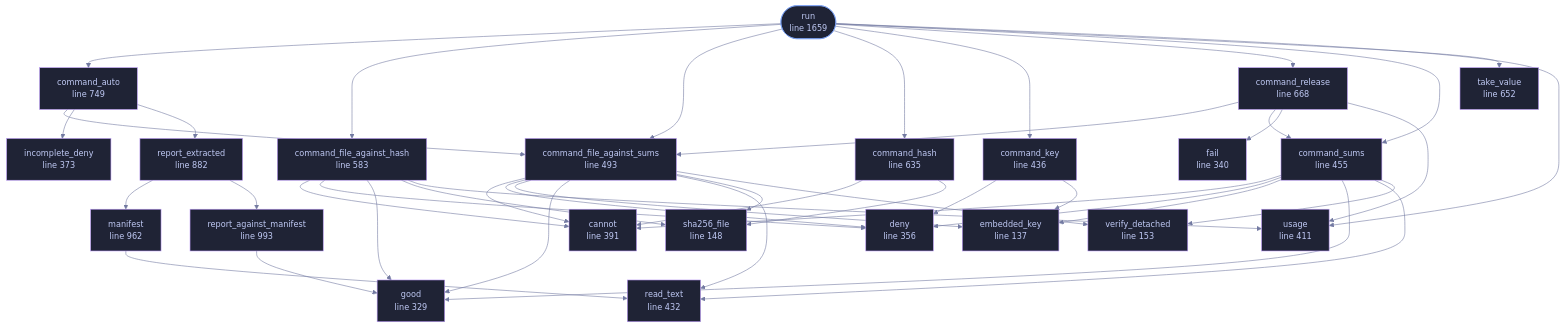
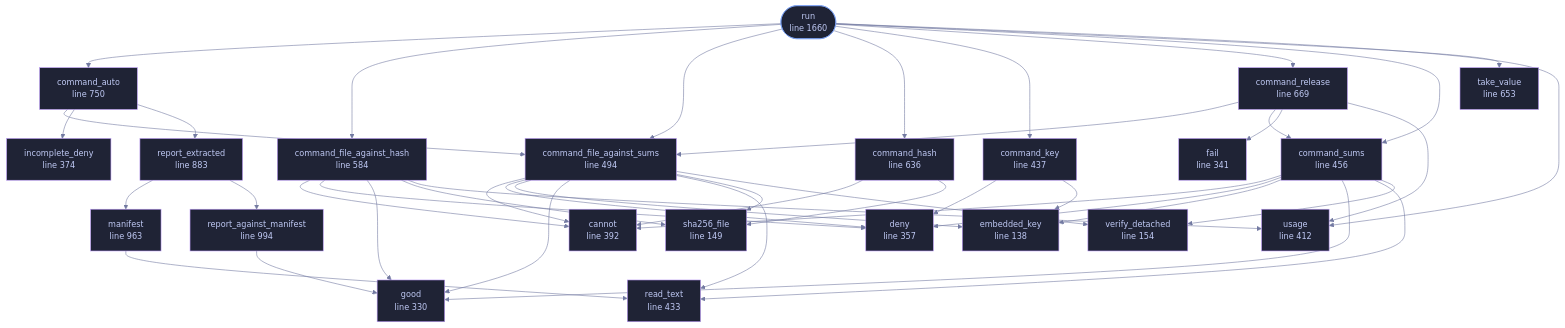
The diagram in docs/files/veilvoice-verify/lib.md (tilas01/veilvoice), drawn with Mermaid before and after one commit. The commit also changed other lines of this file and 68 other files, not shown here.

````diff
--- a/docs/files/veilvoice-verify/lib.md
+++ b/docs/files/veilvoice-verify/lib.md
@@ -112,28 +112,28 @@
 ```mermaid
 %%{init: {"theme":"base","themeVariables":{"background":"#1a1b26","primaryColor":"#1f2335","primaryTextColor":"#c0caf5","primaryBorderColor":"#7aa2f7","secondaryColor":"#16161e","tertiaryColor":"#16161e","lineColor":"#737aa2","textColor":"#c0caf5","mainBkg":"#1f2335","nodeBorder":"#7aa2f7","clusterBkg":"#16161e","clusterBorder":"#2f3549","fontFamily":"ui-monospace, SFMono-Regular, Consolas, monospace","fontSize":"14px"}}}%%
 flowchart TD
-    n_embedded_key["embedded_key<br/>line 137"]
-    n_sha256_file["sha256_file<br/>line 148"]
-    n_verify_detached["verify_detached<br/>line 153"]
-    n_good["good<br/>line 329"]
-    n_fail["fail<br/>line 340"]
-    n_deny["deny<br/>line 356"]
-    n_incomplete_deny["incomplete_deny<br/>line 373"]
-    n_cannot["cannot<br/>line 391"]
-    n_usage["usage<br/>line 411"]
-    n_read_text["read_text<br/>line 432"]
-    n_command_key["command_key<br/>line 436"]
-    n_command_sums["command_sums<br/>line 455"]
-    n_command_file_against_sums["command_file_against_sums<br/>line 493"]
-    n_command_file_against_hash["command_file_against_hash<br/>line 583"]
-    n_command_hash["command_hash<br/>line 635"]
-    n_take_value["take_value<br/>line 652"]
-    n_command_release["command_release<br/>line 668"]
-    n_command_auto["command_auto<br/>line 749"]
-    n_report_extracted["report_extracted<br/>line 882"]
-    n_manifest["manifest<br/>line 962"]
-    n_report_against_manifest["report_against_manifest<br/>line 993"]
-    n_run(["run<br/>line 1659"])
+    n_embedded_key["embedded_key<br/>line 138"]
+    n_sha256_file["sha256_file<br/>line 149"]
+    n_verify_detached["verify_detached<br/>line 154"]
+    n_good["good<br/>line 330"]
+    n_fail["fail<br/>line 341"]
+    n_deny["deny<br/>line 357"]
+    n_incomplete_deny["incomplete_deny<br/>line 374"]
+    n_cannot["cannot<br/>line 392"]
+    n_usage["usage<br/>line 412"]
+    n_read_text["read_text<br/>line 433"]
+    n_command_key["command_key<br/>line 437"]
+    n_command_sums["command_sums<br/>line 456"]
+    n_command_file_against_sums["command_file_against_sums<br/>line 494"]
+    n_command_file_against_hash["command_file_against_hash<br/>line 584"]
+    n_command_hash["command_hash<br/>line 636"]
+    n_take_value["take_value<br/>line 653"]
+    n_command_release["command_release<br/>line 669"]
+    n_command_auto["command_auto<br/>line 750"]
+    n_report_extracted["report_extracted<br/>line 883"]
+    n_manifest["manifest<br/>line 963"]
+    n_report_against_manifest["report_against_manifest<br/>line 994"]
+    n_run(["run<br/>line 1660"])
     n_command_auto --> n_command_file_against_sums
     n_command_auto --> n_incomplete_deny
     n_command_auto --> n_report_extracted
@@ -176,28 +176,28 @@
     n_run --> n_command_sums
     n_run --> n_take_value
     n_run --> n_usage
-    click n_embedded_key href "https://github.com/tilas01/veilvoice/blob/main/crates/veilvoice-verify/src/lib.rs#L137" "open the source"
-    click n_sha256_file href "https://github.com/tilas01/veilvoice/blob/main/crates/veilvoice-verify/src/lib.rs#L148" "open the source"
-    click n_verify_detached href "https://github.com/tilas01/veilvoice/blob/main/crates/veilvoice-verify/src/lib.rs#L153" "open the source"
-    click n_good href "https://github.com/tilas01/veilvoice/blob/main/crates/veilvoice-verify/src/lib.rs#L329" "open the source"
-    click n_fail href "https://github.com/tilas01/veilvoice/blob/main/crates/veilvoice-verify/src/lib.rs#L340" "open the source"
-    click n_deny href "https://github.com/tilas01/veilvoice/blob/main/crates/veilvoice-verify/src/lib.rs#L356" "open the source"
-    click n_incomplete_deny href "https://github.com/tilas01/veilvoice/blob/main/crates/veilvoice-verify/src/lib.rs#L373" "open the source"
-    click n_cannot href "https://github.com/tilas01/veilvoice/blob/main/crates/veilvoice-verify/src/lib.rs#L391" "open the source"
-    click n_usage href "https://github.com/tilas01/veilvoice/blob/main/crates/veilvoice-verify/src/lib.rs#L411" "open the source"
-    click n_read_text href "https://github.com/tilas01/veilvoice/blob/main/crates/veilvoice-verify/src/lib.rs#L432" "open the source"
-    click n_command_key href "https://github.com/tilas01/veilvoice/blob/main/crates/veilvoice-verify/src/lib.rs#L436" "open the source"
-    click n_command_sums href "https://github.com/tilas01/veilvoice/blob/main/crates/veilvoice-verify/src/lib.rs#L455" "open the source"
-    click n_command_file_against_sums href "https://github.com/tilas01/veilvoice/blob/main/crates/veilvoice-verify/src/lib.rs#L493" "open the source"
-    click n_command_file_against_hash href "https://github.com/tilas01/veilvoice/blob/main/crates/veilvoice-verify/src/lib.rs#L583" "open the source"
-    click n_command_hash href "https://github.com/tilas01/veilvoice/blob/main/crates/veilvoice-verify/src/lib.rs#L635" "open the source"
-    click n_take_value href "https://github.com/tilas01/veilvoice/blob/main/crates/veilvoice-verify/src/lib.rs#L652" "open the source"
-    click n_command_release href "https://github.com/tilas01/veilvoice/blob/main/crates/veilvoice-verify/src/lib.rs#L668" "open the source"
-    click n_command_auto href "https://github.com/tilas01/veilvoice/blob/main/crates/veilvoice-verify/src/lib.rs#L749" "open the source"
-    click n_report_extracted href "https://github.com/tilas01/veilvoice/blob/main/crates/veilvoice-verify/src/lib.rs#L882" "open the source"
-    click n_manifest href "https://github.com/tilas01/veilvoice/blob/main/crates/veilvoice-verify/src/lib.rs#L962" "open the source"
-    click n_report_against_manifest href "https://github.com/tilas01/veilvoice/blob/main/crates/veilvoice-verify/src/lib.rs#L993" "open the source"
-    click n_run href "https://github.com/tilas01/veilvoice/blob/main/crates/veilvoice-verify/src/lib.rs#L1659" "open the source"
+    click n_embedded_key href "https://github.com/tilas01/veilvoice/blob/main/crates/veilvoice-verify/src/lib.rs#L138" "open the source"
+    click n_sha256_file href "https://github.com/tilas01/veilvoice/blob/main/crates/veilvoice-verify/src/lib.rs#L149" "open the source"
+    click n_verify_detached href "https://github.com/tilas01/veilvoice/blob/main/crates/veilvoice-verify/src/lib.rs#L154" "open the source"
+    click n_good href "https://github.com/tilas01/veilvoice/blob/main/crates/veilvoice-verify/src/lib.rs#L330" "open the source"
+    click n_fail href "https://github.com/tilas01/veilvoice/blob/main/crates/veilvoice-verify/src/lib.rs#L341" "open the source"
+    click n_deny href "https://github.com/tilas01/veilvoice/blob/main/crates/veilvoice-verify/src/lib.rs#L357" "open the source"
+    click n_incomplete_deny href "https://github.com/tilas01/veilvoice/blob/main/crates/veilvoice-verify/src/lib.rs#L374" "open the source"
+    click n_cannot href "https://github.com/tilas01/veilvoice/blob/main/crates/veilvoice-verify/src/lib.rs#L392" "open the source"
+    click n_usage href "https://github.com/tilas01/veilvoice/blob/main/crates/veilvoice-verify/src/lib.rs#L412" "open the source"
+    click n_read_text href "https://github.com/tilas01/veilvoice/blob/main/crates/veilvoice-verify/src/lib.rs#L433" "open the source"
+    click n_command_key href "https://github.com/tilas01/veilvoice/blob/main/crates/veilvoice-verify/src/lib.rs#L437" "open the source"
+    click n_command_sums href "https://github.com/tilas01/veilvoice/blob/main/crates/veilvoice-verify/src/lib.rs#L456" "open the source"
+    click n_command_file_against_sums href "https://github.com/tilas01/veilvoice/blob/main/crates/veilvoice-verify/src/lib.rs#L494" "open the source"
+    click n_command_file_against_hash href "https://github.com/tilas01/veilvoice/blob/main/crates/veilvoice-verify/src/lib.rs#L584" "open the source"
+    click n_command_hash href "https://github.com/tilas01/veilvoice/blob/main/crates/veilvoice-verify/src/lib.rs#L636" "open the source"
+    click n_take_value href "https://github.com/tilas01/veilvoice/blob/main/crates/veilvoice-verify/src/lib.rs#L653" "open the source"
+    click n_command_release href "https://github.com/tilas01/veilvoice/blob/main/crates/veilvoice-verify/src/lib.rs#L669" "open the source"
+    click n_command_auto href "https://github.com/tilas01/veilvoice/blob/main/crates/veilvoice-verify/src/lib.rs#L750" "open the source"
+    click n_report_extracted href "https://github.com/tilas01/veilvoice/blob/main/crates/veilvoice-verify/src/lib.rs#L883" "open the source"
+    click n_manifest href "https://github.com/tilas01/veilvoice/blob/main/crates/veilvoice-verify/src/lib.rs#L963" "open the source"
+    click n_report_against_manifest href "https://github.com/tilas01/veilvoice/blob/main/crates/veilvoice-verify/src/lib.rs#L994" "open the source"
+    click n_run href "https://github.com/tilas01/veilvoice/blob/main/crates/veilvoice-verify/src/lib.rs#L1660" "open the source"
     classDef entry fill:#1f2335,stroke:#7aa2f7,color:#c0caf5
     class n_run entry
     classDef helper fill:#1f2335,stroke:#bb9af7,color:#c0caf5
````
